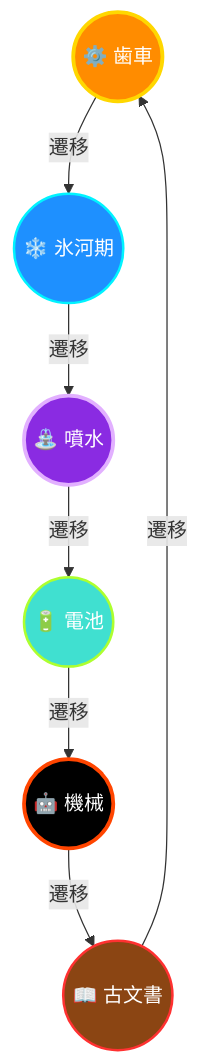
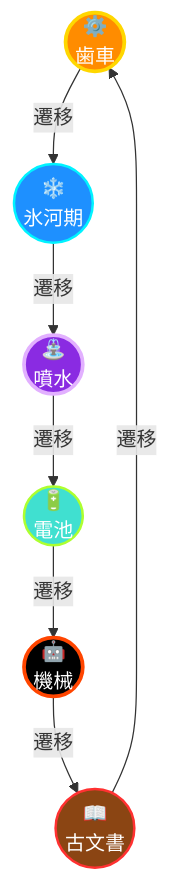
Before and after one commit to ankakepizza551/crossrealm: the diagram in README.md, drawn with Mermaid.

````diff
--- a/README.md
+++ b/README.md
@@ -30,16 +30,16 @@
 ```mermaid
 flowchart TD
-    GEAR(("⚙️ 歯車")) -->|遷移| ICEAGE(("❄️ 氷河期"))
-    ICEAGE -->|遷移| FOUNTAIN(("⛲ 噴水"))
-    FOUNTAIN -->|遷移| BATTERY(("🔋 電池"))
-    BATTERY -->|遷移| MACHINE(("🤖 機械"))
-    MACHINE -->|遷移| ARCHIVE(("📖 古文書"))
+    GEAR(("⚙️<br>歯車")) -->|遷移| ICEAGE(("❄️<br>氷河期"))
+    ICEAGE -->|遷移| FOUNTAIN(("⛲<br>噴水"))
+    FOUNTAIN -->|遷移| BATTERY(("🔋<br>電池"))
+    BATTERY -->|遷移| MACHINE(("🤖<br>機械"))
+    MACHINE -->|遷移| ARCHIVE(("📖<br>古文書"))
     ARCHIVE -->|遷移| GEAR
     
     style GEAR fill:#FF8C00,stroke:#FFD700,stroke-width:3px,color:#fff
     style ICEAGE fill:#1E90FF,stroke:#00F3FF,stroke-width:2px,color:#fff
     style FOUNTAIN fill:#8A2BE2,stroke:#E2B0FF,stroke-width:3px,color:#fff
     style BATTERY fill:#40E0D0,stroke:#ADFF2F,stroke-width:2px,color:#fff
     style MACHINE fill:#000000,stroke:#FF4500,stroke-width:3px,color:#fff
     style ARCHIVE fill:#8B4513,stroke:#FF3131,stroke-width:2px,color:#fff
 ```
````
